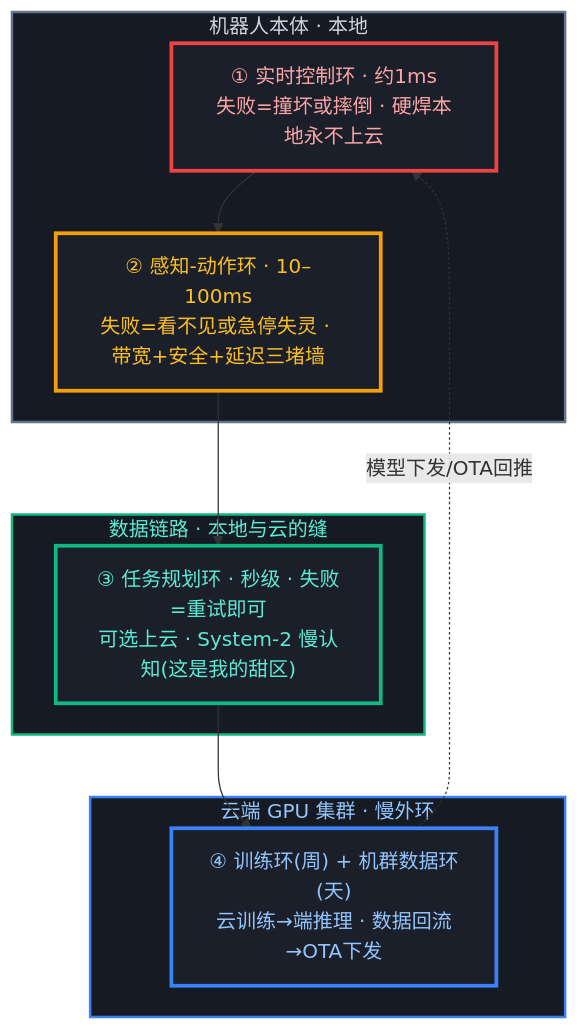
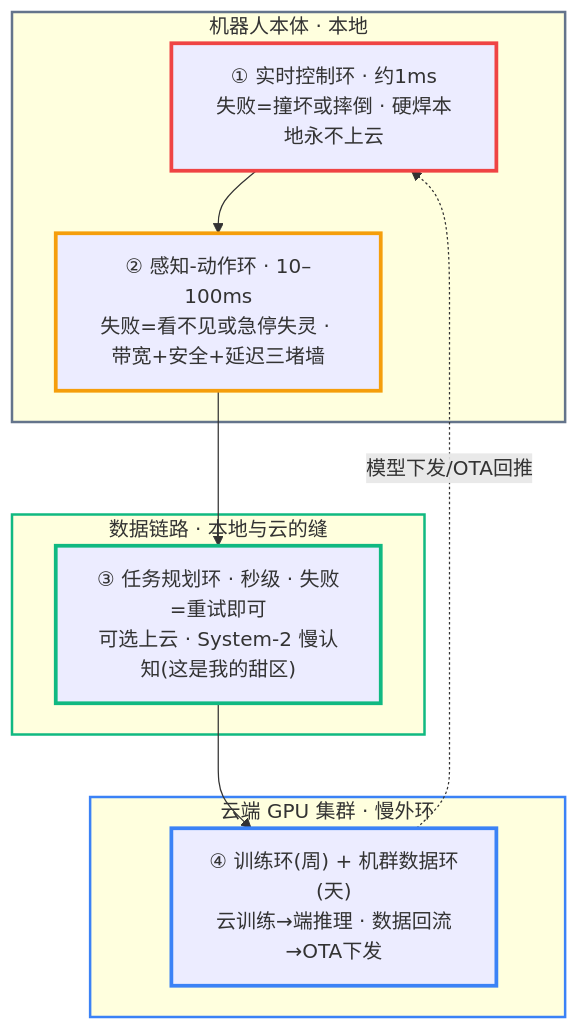
Before and after one commit to Fengur/robotics-learning: the second of 4 diagrams in 02-机器人系统构造.md, drawn with Mermaid. The commit also changed other lines of this file, not shown here.

Commit message:
02:图配色只留stroke边框色,fill/文字色交给mermaid theme;修亮色模式全黑不可读

````diff
--- a/02-机器人系统构造.md
+++ b/02-机器人系统构造.md
@@ -97,24 +95,24 @@
 ```mermaid
 flowchart TB
     subgraph LOCAL["机器人本体 · 本地"]
         E1["① 实时控制环 · 约1ms<br/>失败=撞坏或摔倒 · 硬焊本地永不上云"]
         E2["② 感知-动作环 · 10–100ms<br/>失败=看不见或急停失灵 · 带宽+安全+延迟三堵墙"]
     end
     subgraph SEAM["数据链路 · 本地与云的缝"]
         E3["③ 任务规划环 · 秒级 · 失败=重试即可<br/>可选上云 · System-2 慢认知(这是我的甜区)"]
     end
     subgraph CLOUD["云端 GPU 集群 · 慢外环"]
         E4["④ 训练环(周) + 机群数据环(天)<br/>云训练→端推理 · 数据回流→OTA下发"]
     end
 
     E1 --> E2 --> E3 --> E4
     E4 -. 模型下发/OTA回推 .-> E1
 
-    style LOCAL fill:#161a22,stroke:#64748b,stroke-width:2px,color:#cbd5e1;
-    style SEAM fill:#161a22,stroke:#10b981,stroke-width:2px,color:#5eead4;
-    style CLOUD fill:#161a22,stroke:#3b82f6,stroke-width:2px,color:#93c5fd;
-    style E1 fill:#1b1f2a,stroke:#ef4444,stroke-width:3px,color:#fca5a5;
-    style E2 fill:#1b1f2a,stroke:#f59e0b,stroke-width:3px,color:#fbbf24;
-    style E3 fill:#1b1f2a,stroke:#10b981,stroke-width:3px,color:#5eead4;
-    style E4 fill:#1b1f2a,stroke:#3b82f6,stroke-width:3px,color:#93c5fd;
+    style LOCAL stroke:#64748b,stroke-width:2px;
+    style SEAM stroke:#10b981,stroke-width:2px;
+    style CLOUD stroke:#3b82f6,stroke-width:2px;
+    style E1 stroke:#ef4444,stroke-width:3px;
+    style E2 stroke:#f59e0b,stroke-width:3px;
+    style E3 stroke:#10b981,stroke-width:3px;
+    style E4 stroke:#3b82f6,stroke-width:3px;
 ```
````
